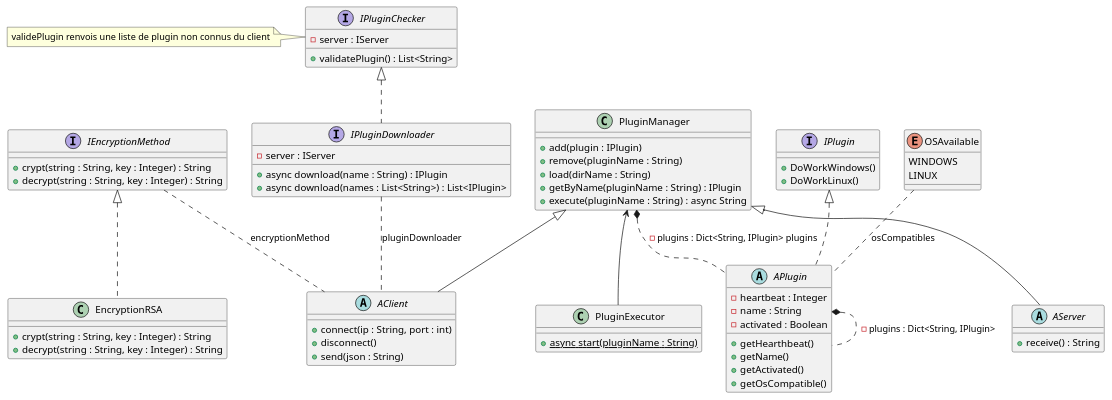
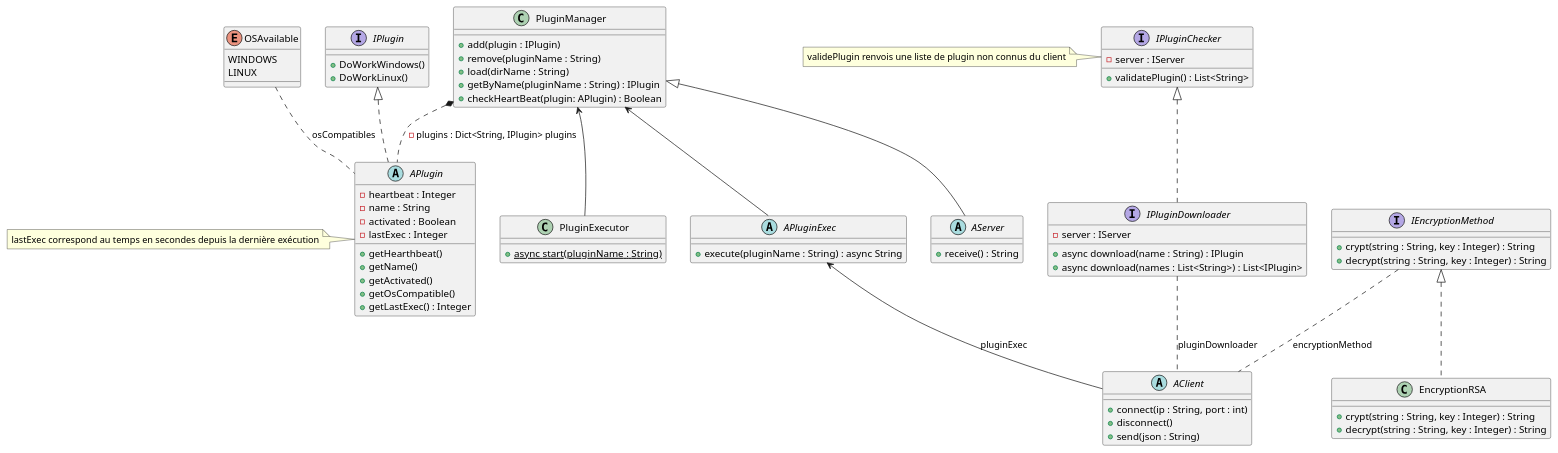
Before and after one commit to rachartier/HAL: the diagram in documents/diagrammeuml.puml, drawn with PlantUML.

Commit message:
Modification de l'uml, ajout d'une classe abstraite APluginExec. Maintenant AClient execute le plugin via une instance de APluginExec. A vérifier tout de même. Voir pour le composite sur APlugin.

```diff
--- a/documents/diagrammeuml.puml
+++ b/documents/diagrammeuml.puml
@@ -1,85 +1,93 @@
 @startuml
 
 together {
 interface IPlugin {
 	+DoWorkWindows()	
 	+DoWorkLinux()	
 }
 
 abstract APlugin {
 	-heartbeat : Integer
 	-name : String 
-	-activated : Boolean	
+	-activated : Boolean
+	-lastExec : Integer
 
 	+getHearthbeat()
 	+getName()
 	+getActivated()
 	+getOsCompatible()
+	+getLastExec() : Integer
 }
+note left: lastExec correspond au temps en secondes depuis la dernière exécution
 
 class PluginExecutor {
 	+{static} async start(pluginName : String) 
 }
 
 enum OSAvailable {
 	WINDOWS
 	LINUX
 }
 
 class PluginManager {
 	+add(plugin : IPlugin)
 	+remove(pluginName : String)
 	+load(dirName : String)
 	+getByName(pluginName : String) : IPlugin
-	+execute(pluginName : String) : async String
+	+checkHeartBeat(plugin: APlugin) : Boolean
 }
 }
 abstract AClient {
 	+connect(ip : String, port : int)
 	+disconnect()
 	+send(json : String)
+}
+
+abstract APluginExec {	
+	+execute(pluginName : String) : async String
 }
 
 interface IPluginDownloader {
 	-server : IServer
 	+async download(name : String) : IPlugin
 	+async download(names : List<String>) : List<IPlugin>
 }
 
 interface IPluginChecker {
 	-server : IServer
 	+validatePlugin() : List<String>
 }
 note left: validePlugin renvois une liste de plugin non connus du client
 
 abstract AServer {
 	+receive() : String
 }
 
 interface IEncryptionMethod {
 	+crypt(string : String, key : Integer) : String 
 	+decrypt(string : String, key : Integer) : String
 }
 
 class EncryptionRSA {
 	+crypt(string : String, key : Integer) : String 
 	+decrypt(string : String, key : Integer) : String
 }
 
 IPluginDownloader .. AClient : pluginDownloader
 IEncryptionMethod .. AClient : encryptionMethod 
 
 IPlugin <|.. APlugin
 IPluginChecker <|.. IPluginDownloader 
 
 IEncryptionMethod <|.. EncryptionRSA
 
-PluginManager <|-- AClient
 PluginManager <|-- AServer
 
 PluginManager <-- PluginExecutor
 PluginManager *.. APlugin : -plugins : Dict<String, IPlugin> plugins
-APlugin *.. APlugin : -plugins : Dict<String, IPlugin> 
+
+APluginExec <-- AClient : pluginExec
+PluginManager <-- APluginExec
 
 OSAvailable .. APlugin : osCompatibles
 @enduml
```
